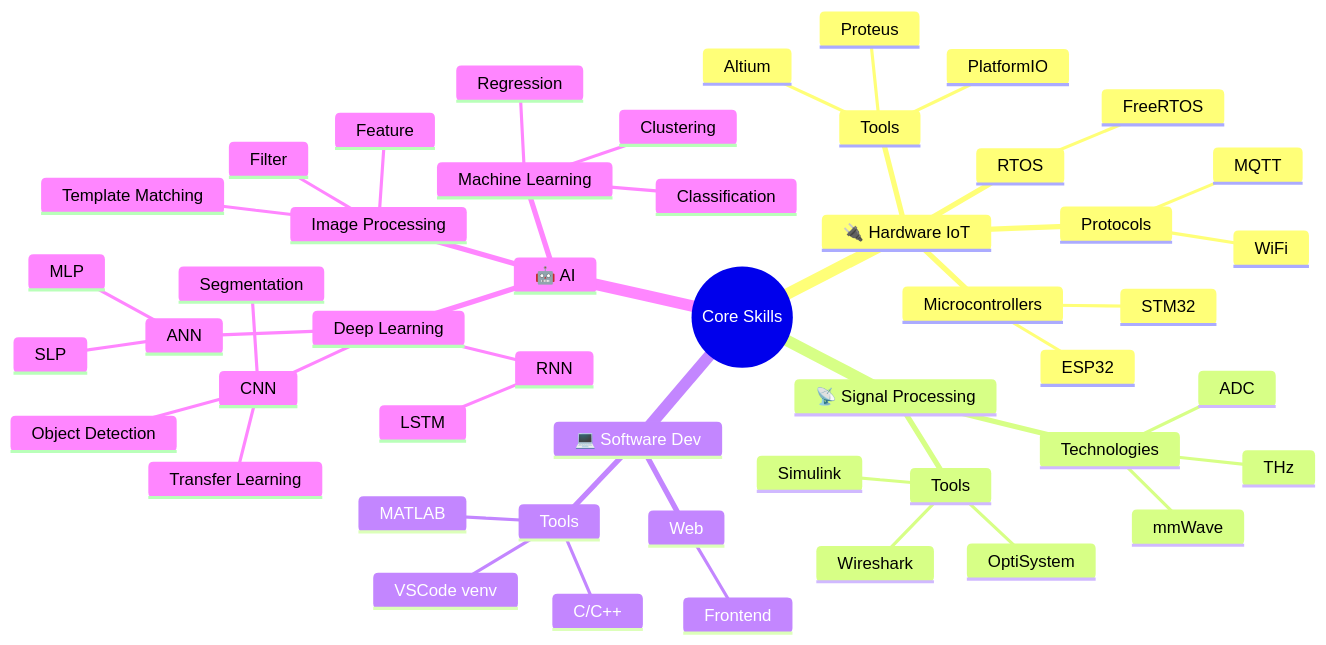
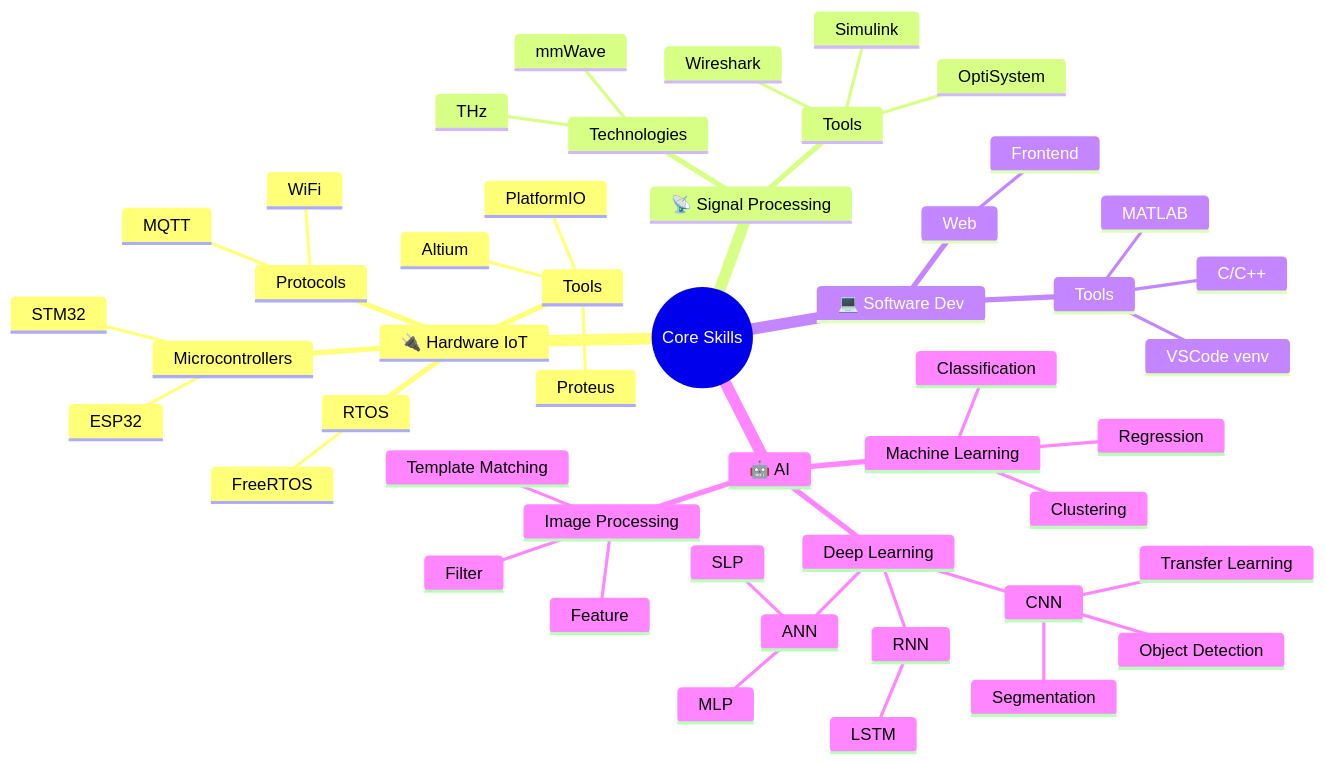
One commit to bathanh0309/bathanh0309 changed the diagram in README.md. Above: the diagram before and after it, drawn with Mermaid.

````diff
--- a/README.md
+++ b/README.md
@@ -141,52 +141,51 @@
 ```mermaid
 mindmap
   root((Core Skills))
     🔌 Hardware IoT
       Microcontrollers
         ESP32
         STM32
       RTOS
         FreeRTOS
       Protocols
         MQTT
         WiFi
       Tools
         PlatformIO
         Proteus
         Altium
     📡 Signal Processing
       Technologies
         mmWave
         THz
-        ADC
       Tools
         Simulink
         OptiSystem
         Wireshark
     💻 Software Dev
       Web
         Frontend
       Tools
         VSCode venv
         MATLAB
         C/C++
     🤖 AI 
       Machine Learning
         Classification
         Regression
         Clustering
       Deep Learning
         ANN
           SLP
           MLP
         CNN
           Segmentation
           Object Detection
           Transfer Learning
         RNN
           LSTM
       Image Processing
         Feature
         Filter
         Template Matching
 ```
````
